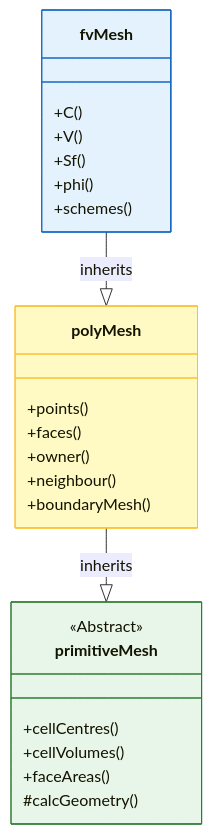
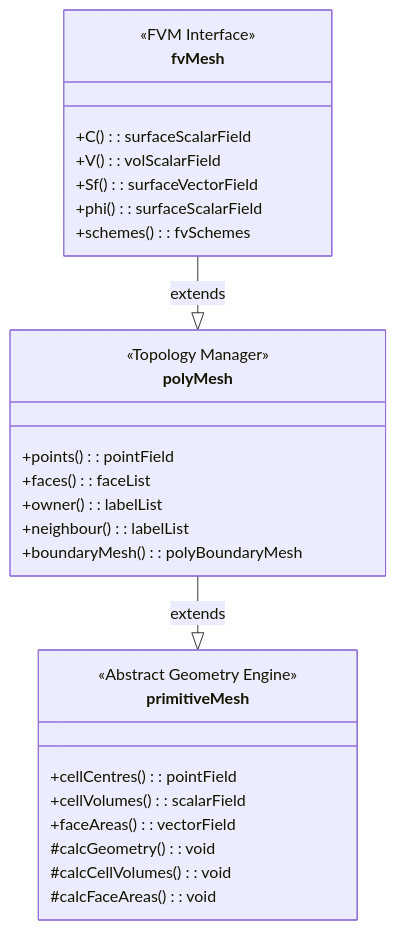
Before and after one commit to wramet/build-my-cfd: the diagram in MODULE_05_OPENFOAM_PROGRAMMING/CONTENT/04_MESH_CLASSES/02_Mesh_Hierarchy.md, drawn with Mermaid. The commit also changed 313 other files, not shown here.

Commit message:
Revise all diagram

````diff
--- a/MODULE_05_OPENFOAM_PROGRAMMING/CONTENT/04_MESH_CLASSES/02_Mesh_Hierarchy.md
+++ b/MODULE_05_OPENFOAM_PROGRAMMING/CONTENT/04_MESH_CLASSES/02_Mesh_Hierarchy.md
@@ -16,31 +16,30 @@
 ```mermaid
 classDiagram
-    class primitiveMesh {
-        <<Abstract>>
-        +cellCentres()
-        +cellVolumes()
-        +faceAreas()
-        #calcGeometry()
-    }
-    class polyMesh {
-        +points()
-        +faces()
-        +owner()
-        +neighbour()
-        +boundaryMesh()
-    }
-    class fvMesh {
-        +C()
-        +V()
-        +Sf()
-        +phi()
-        +schemes()
-    }
-
-    polyMesh --|> primitiveMesh : inherits
-    fvMesh --|> polyMesh : inherits
-
-    style primitiveMesh fill:#e8f5e9,stroke:#2e7d32
-    style polyMesh fill:#fff9c4,stroke:#fbc02d
-    style fvMesh fill:#e3f2fd,stroke:#1565c0
+class primitiveMesh {
+<<Abstract Geometry Engine>>
++cellCentres() : pointField
++cellVolumes() : scalarField
++faceAreas() : vectorField
+#calcGeometry() : void
+#calcCellVolumes() : void
+#calcFaceAreas() : void
+}
+class polyMesh {
+<<Topology Manager>>
++points() : pointField
++faces() : faceList
++owner() : labelList
++neighbour() : labelList
++boundaryMesh() : polyBoundaryMesh
+}
+class fvMesh {
+<<FVM Interface>>
++C() : surfaceScalarField
++V() : volScalarField
++Sf() : surfaceVectorField
++phi() : surfaceScalarField
++schemes() : fvSchemes
+}
+polyMesh --|> primitiveMesh : extends
+fvMesh --|> polyMesh : extends
 ```
````
